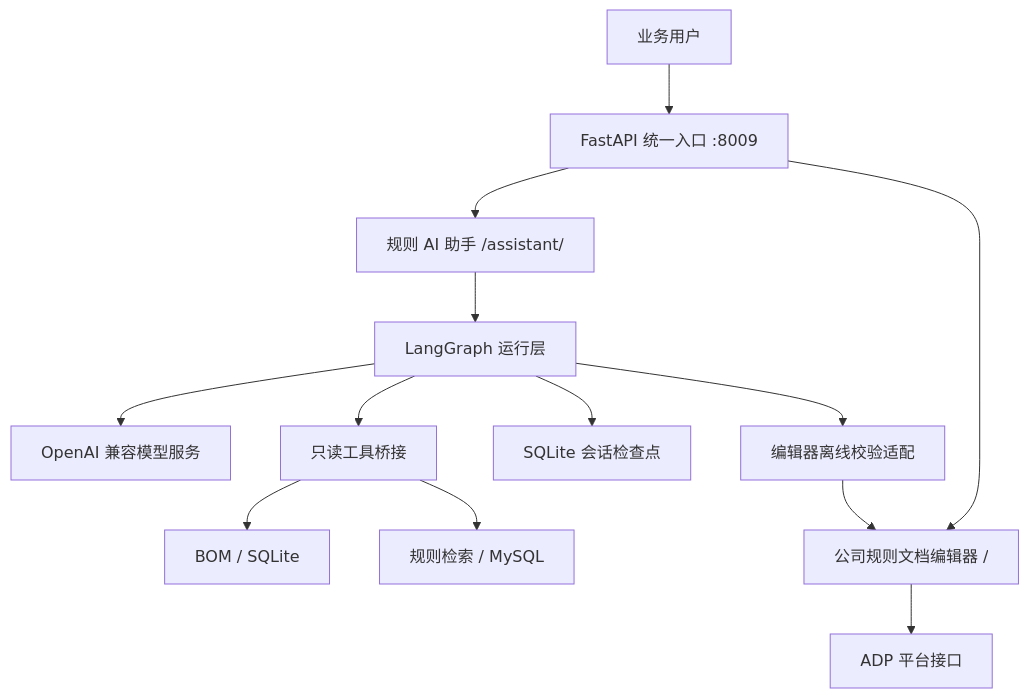
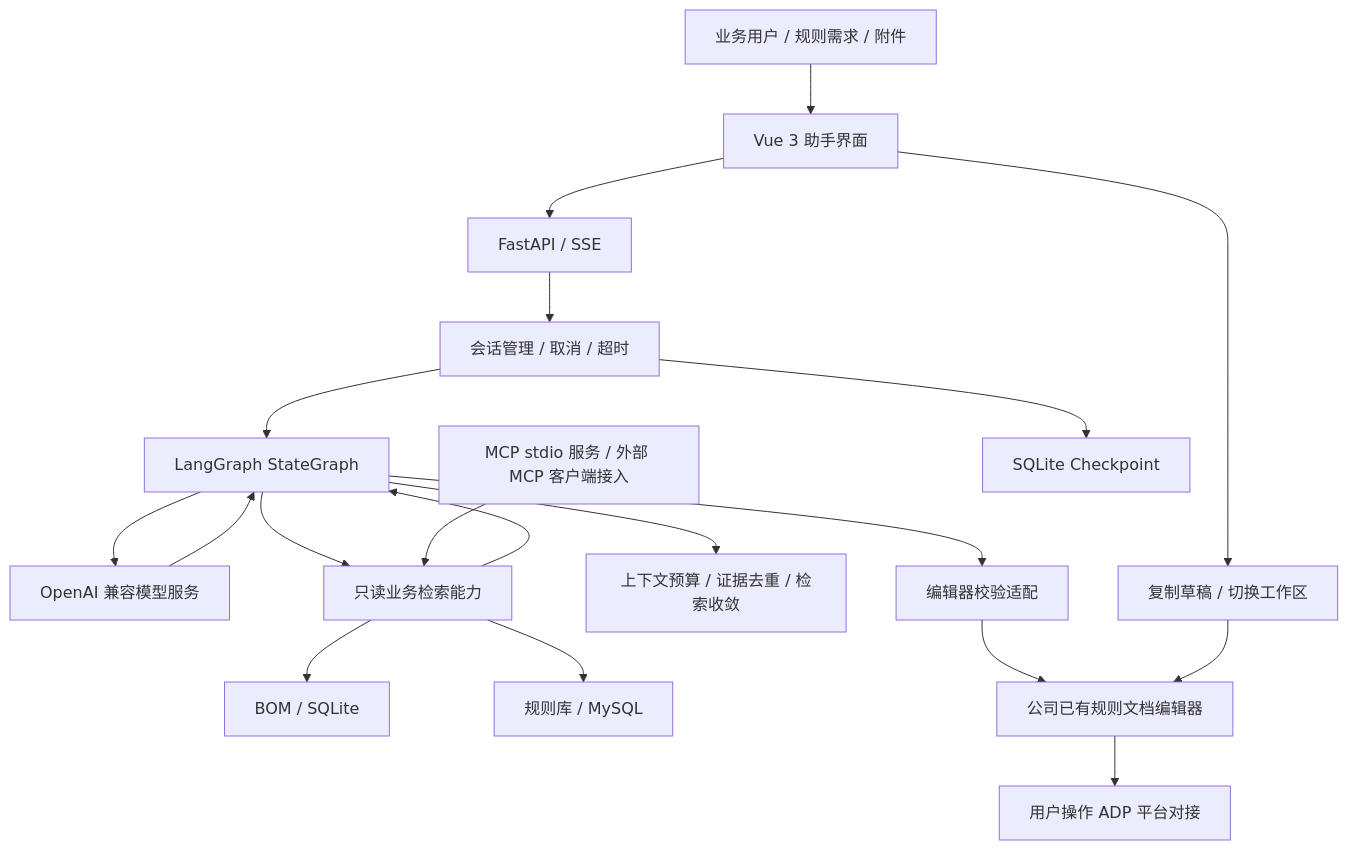
Before and after one commit to zph-lab/langgraph-underwriting-agent: the diagram in README.md, drawn with Mermaid. The commit also changed other lines of this file and 1 other file, not shown here.

Commit message:
docs: focus on agent architecture MCP capabilities and evaluation evidence

````diff
--- a/README.md
+++ b/README.md
@@ -19,15 +21,21 @@
 ```mermaid
 flowchart TD
-    User[业务用户] --> App[FastAPI 统一入口 :8009]
-    App --> AgentUI[规则 AI 助手 /assistant/]
-    App --> Editor[公司规则文档编辑器 /]
-    AgentUI --> Runtime[LangGraph 运行层]
-    Runtime --> Model[OpenAI 兼容模型服务]
-    Runtime --> Tools[只读工具桥接]
-    Tools --> BOM[BOM / SQLite]
-    Tools --> Rules[规则检索 / MySQL]
-    Runtime --> Checkpoint[SQLite 会话检查点]
-    Runtime --> Validation[编辑器离线校验适配]
-    Validation --> Editor
-    Editor --> ADP[ADP 平台接口]
+    User[业务用户 / 规则需求 / 附件] --> UI[Vue 3 助手界面]
+    UI --> API[FastAPI / SSE]
+    API --> Session[会话管理 / 取消 / 超时]
+    Session --> Graph[LangGraph StateGraph]
+    Graph --> Model[OpenAI 兼容模型服务]
+    Model --> Graph
+    Graph --> Evidence[只读业务检索能力]
+    Evidence --> Graph
+    MCP[MCP stdio 服务 / 外部 MCP 客户端接入] --> Evidence
+    Evidence --> BOM[BOM / SQLite]
+    Evidence --> Rules[规则库 / MySQL]
+    Graph --> Context[上下文预算 / 证据去重 / 检索收敛]
+    Session --> Checkpoint[SQLite Checkpoint]
+    Graph --> Validation[编辑器校验适配]
+    Validation --> Editor[公司已有规则文档编辑器]
+    UI --> Copy[复制草稿 / 切换工作区]
+    Copy --> Editor
+    Editor --> ADP[用户操作 ADP 平台对接]
 ```
````
